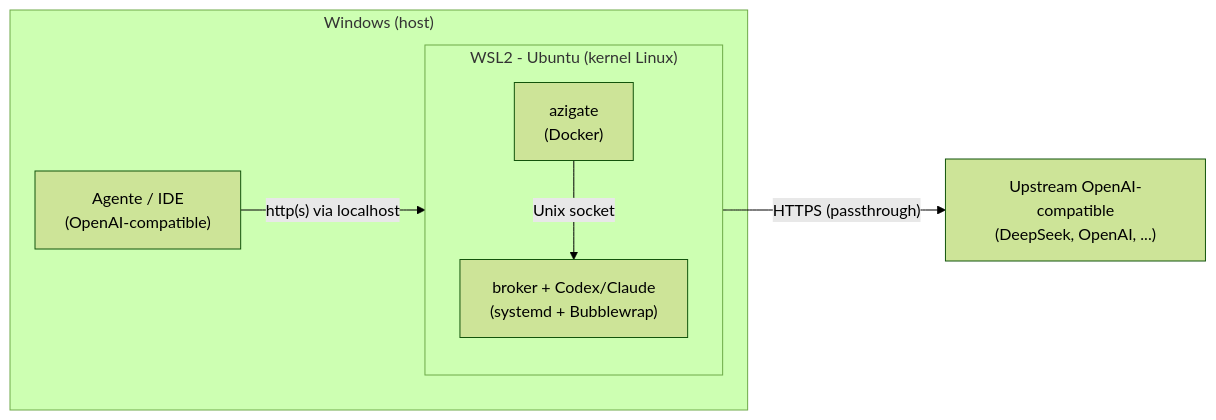
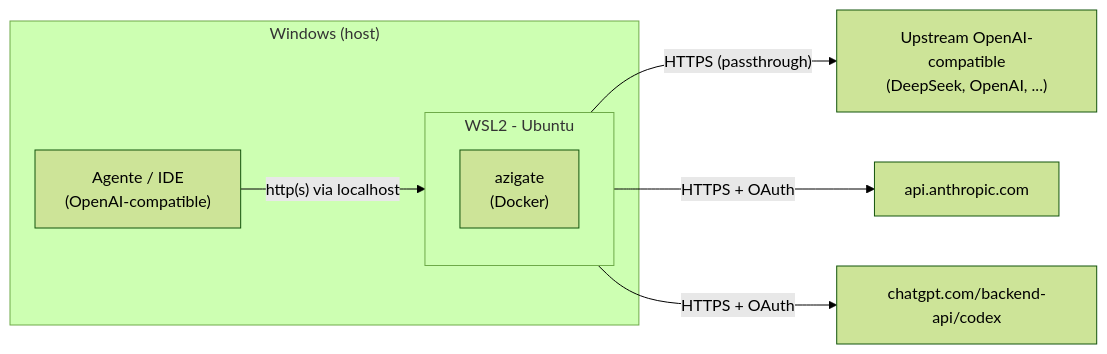
One commit to Picolino66/azigate changed the diagram in docs/installation/windows-wsl2.md. Above: the diagram before and after it, drawn with Mermaid (forest theme). The commit also changed other lines of this file and 99 other files, not shown here.

First line of the commit message:
feat: migra provedores CLI para adaptadores HTTP com OAuth

````diff
--- a/docs/installation/windows-wsl2.md
+++ b/docs/installation/windows-wsl2.md
@@ -12,16 +14,18 @@
 ```mermaid
 flowchart LR
     subgraph WIN["Windows (host)"]
         IDE["Agente / IDE<br/>(OpenAI-compatible)"]
-        subgraph WSL["WSL2 - Ubuntu (kernel Linux)"]
+        subgraph WSL["WSL2 - Ubuntu"]
             direction TB
             GW["azigate<br/>(Docker)"]
-            BK["broker + Codex/Claude<br/>(systemd + Bubblewrap)"]
         end
     end
     U["Upstream OpenAI-compatible<br/>(DeepSeek, OpenAI, ...)"]
+    AN["api.anthropic.com"]
+    CX["chatgpt.com/backend-api/codex"]
 
     IDE -- "http(s) via localhost" --> GW
     GW -- "HTTPS (passthrough)" --> U
-    GW -- "Unix socket" --> BK
+    GW -- "HTTPS + OAuth" --> AN
+    GW -- "HTTPS + OAuth" --> CX
 ```
````
